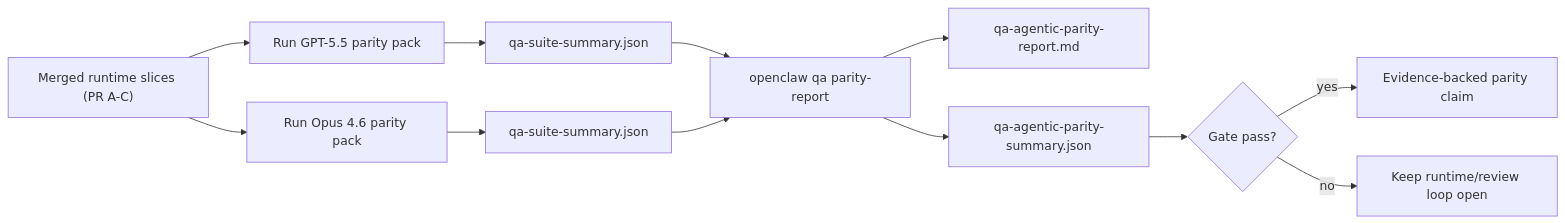
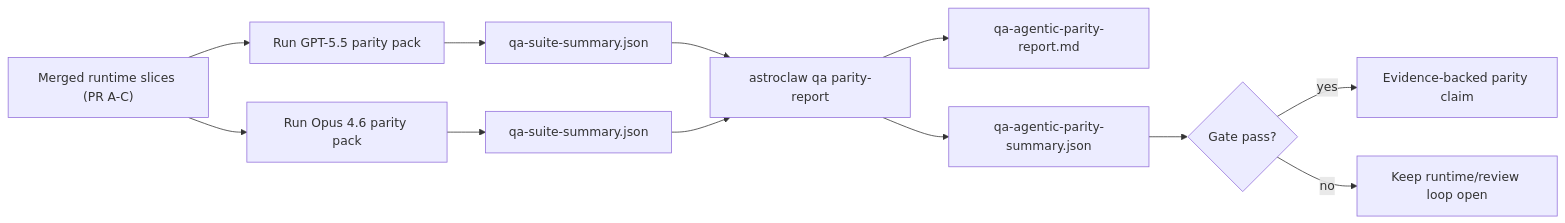
The second of 2 diagrams in docs/help/gpt55-codex-agentic-parity.md (P1R4N351/astroclaw), drawn with Mermaid before and after one commit. The commit also changed other lines of this file and 10017 other files, not shown here.

First line of the commit message:
refactor: rebrand openclaw → astroclaw (sweep — files missed by 83f19ce5c1)

````diff
--- a/docs/help/gpt55-codex-agentic-parity.md
+++ b/docs/help/gpt55-codex-agentic-parity.md
@@ -122,14 +122,14 @@
 ```mermaid
 flowchart LR
     A["Merged runtime slices (PR A-C)"] --> B["Run GPT-5.5 parity pack"]
     A --> C["Run Opus 4.6 parity pack"]
     B --> D["qa-suite-summary.json"]
     C --> E["qa-suite-summary.json"]
-    D --> F["openclaw qa parity-report"]
+    D --> F["astroclaw qa parity-report"]
     E --> F
     F --> G["qa-agentic-parity-report.md"]
     F --> H["qa-agentic-parity-summary.json"]
     H --> I{"Gate pass?"}
     I -- "yes" --> J["Evidence-backed parity claim"]
     I -- "no" --> K["Keep runtime/review loop open"]
 ```
````
